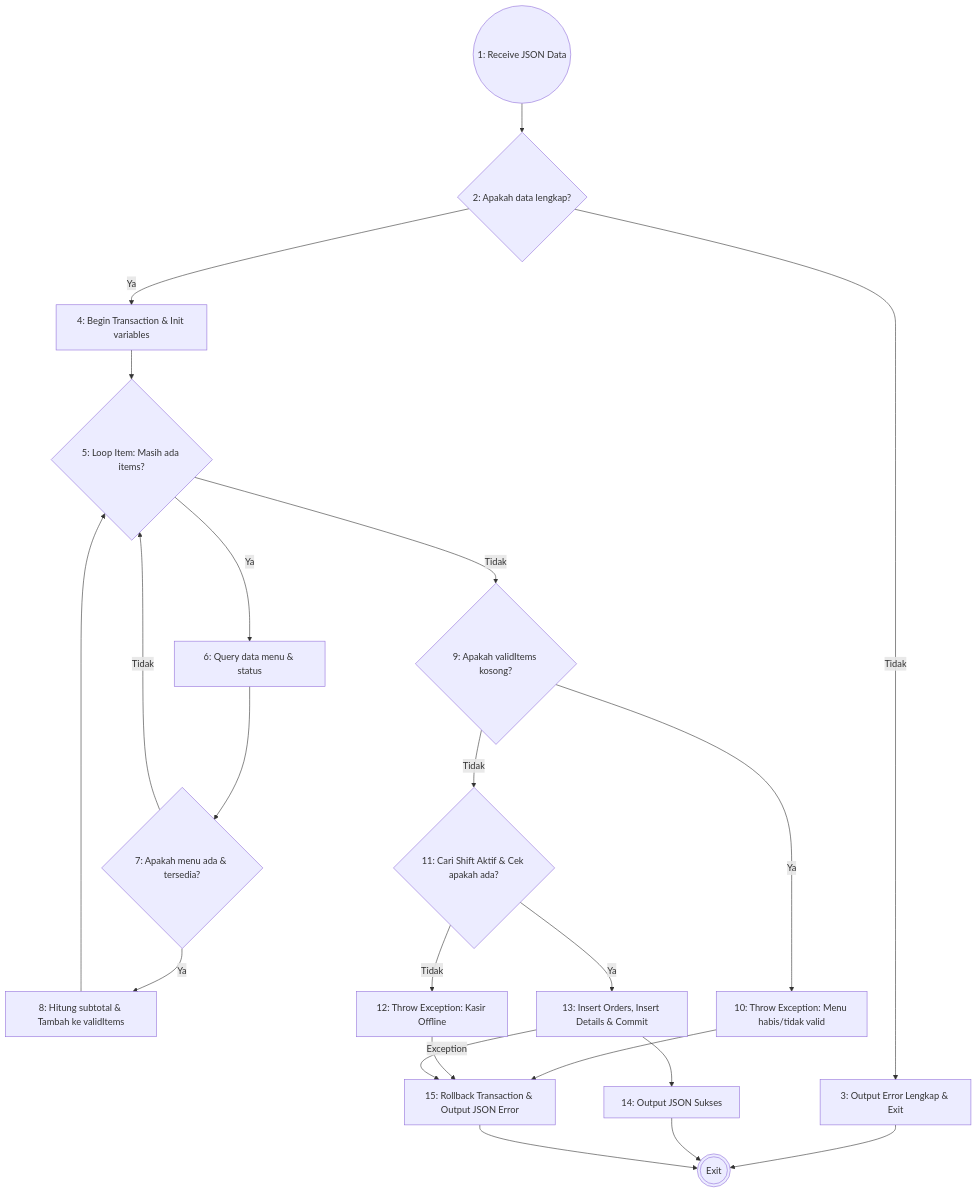
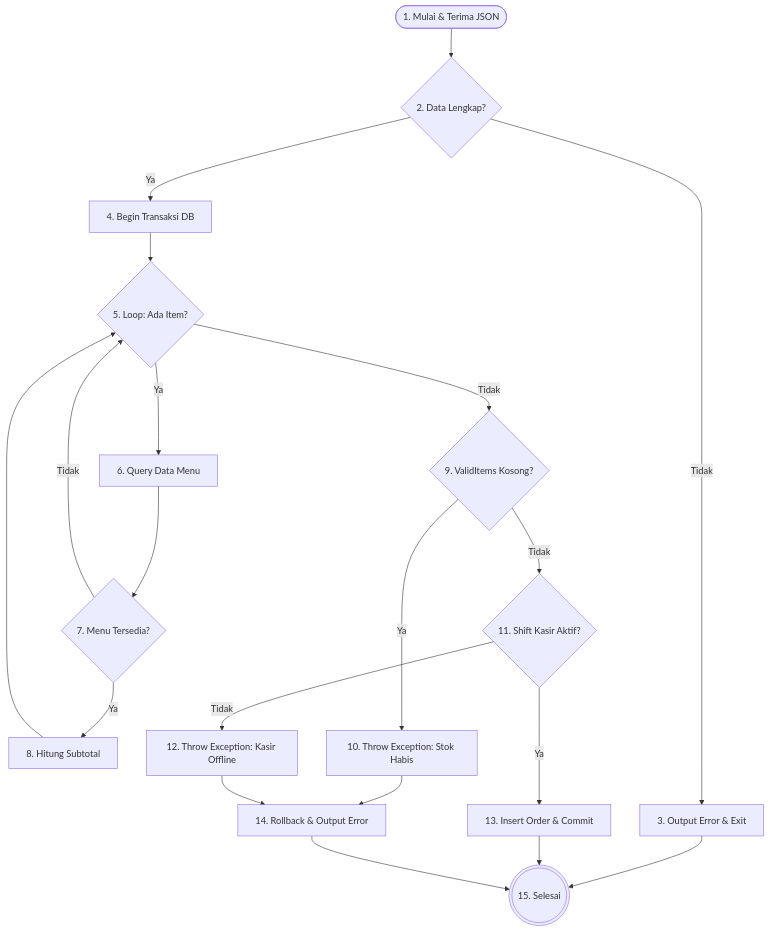
The third of 6 diagrams in docs/pengujian_whitebox.md (hafiizh09/-pemesanan_ak), drawn with Mermaid before and after one commit. The commit also changed other lines of this file, not shown here.

Commit message:
docs: update all 3 whitebox sections to consistent flowchart/flowgraph node style

````diff
--- a/docs/pengujian_whitebox.md
+++ b/docs/pengujian_whitebox.md
@@ -119,32 +118,28 @@
 ```mermaid
 graph TD
-    Node1((1: Receive JSON Data)) --> Node2{2: Apakah data lengkap?}
-    Node2 -- Tidak --> Node3[3: Output Error Lengkap & Exit]
-    Node2 -- Ya --> Node4[4: Begin Transaction & Init variables]
-    
-    Node3 --> ExitNode(((Exit)))
-    
-    Node4 --> Node5{5: Loop Item: Masih ada items?}
-    Node5 -- Ya --> Node6[6: Query data menu & status]
-    
-    Node6 --> Node7{7: Apakah menu ada & tersedia?}
-    Node7 -- Ya --> Node8[8: Hitung subtotal & Tambah ke validItems]
+    Node1([1. Mulai & Terima JSON]) --> Node2{2. Data Lengkap?}
+    Node2 -- Tidak --> Node3[3. Output Error & Exit]
+    Node2 -- Ya --> Node4[4. Begin Transaksi DB]
+
+    Node3 --> Node15(((15. Selesai)))
+
+    Node4 --> Node5{5. Loop: Ada Item?}
+    Node5 -- Ya --> Node6[6. Query Data Menu]
+    Node6 --> Node7{7. Menu Tersedia?}
     Node7 -- Tidak --> Node5
+    Node7 -- Ya --> Node8[8. Hitung Subtotal]
     Node8 --> Node5
-    
-    Node5 -- Tidak --> Node9{9: Apakah validItems kosong?}
-    Node9 -- Ya --> Node10[10: Throw Exception: Menu habis/tidak valid]
-    Node9 -- Tidak --> Node11{11: Cari Shift Aktif & Cek apakah ada?}
-    
-    Node10 --> Node15[15: Rollback Transaction & Output JSON Error]
-    
-    Node11 -- Tidak --> Node12[12: Throw Exception: Kasir Offline]
-    Node11 -- Ya --> Node13[13: Insert Orders, Insert Details & Commit]
-    
-    Node12 --> Node15
-    Node13 --> Node14[14: Output JSON Sukses]
-    Node13 -- Exception --> Node15
-    
-    Node14 --> ExitNode
-    Node15 --> ExitNode
+
+    Node5 -- Tidak --> Node9{9. ValidItems Kosong?}
+    Node9 -- Ya --> Node10[10. Throw Exception: Stok Habis]
+    Node9 -- Tidak --> Node11{11. Shift Kasir Aktif?}
+
+    Node10 --> Node14[14. Rollback & Output Error]
+
+    Node11 -- Tidak --> Node12[12. Throw Exception: Kasir Offline]
+    Node11 -- Ya --> Node13[13. Insert Order & Commit]
+
+    Node12 --> Node14
+    Node13 --> Node15
+    Node14 --> Node15
 ```
````
